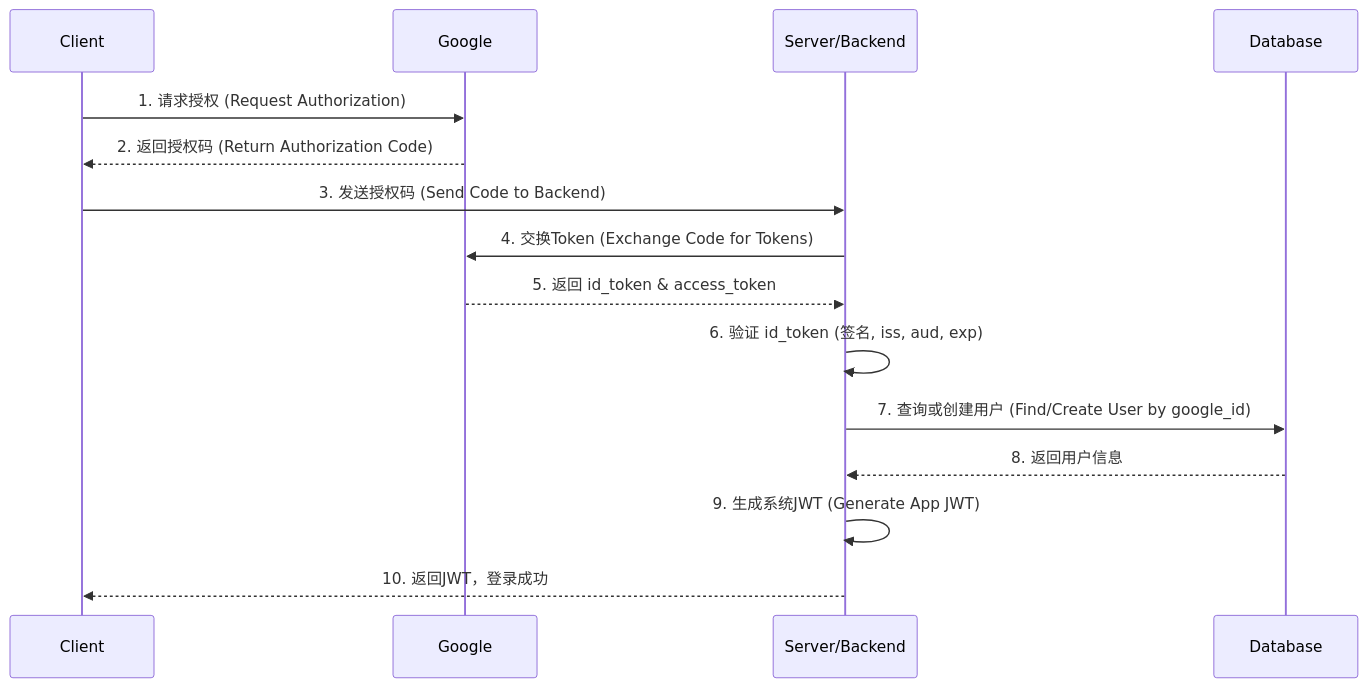
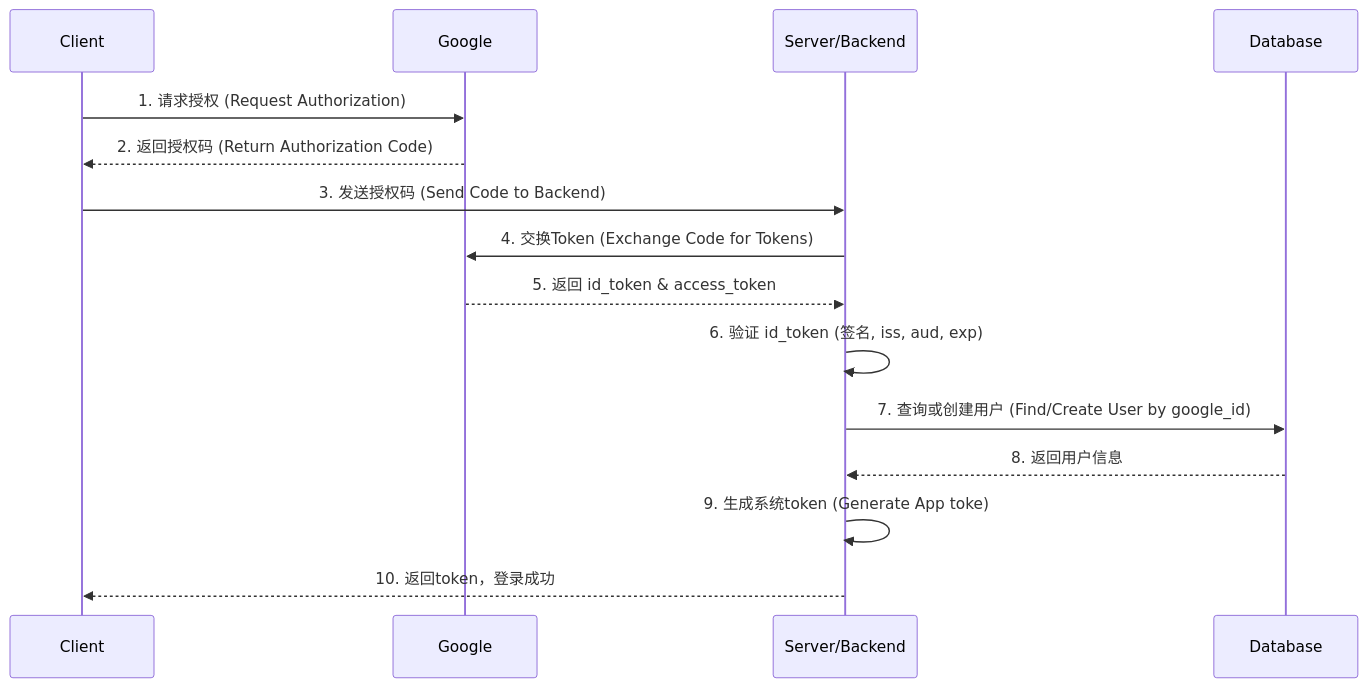
The third of 7 diagrams in README.md (Sereinxm/book-manger), drawn with Mermaid before and after one commit. The commit also changed other lines of this file and 18 other files, not shown here.

````diff
--- a/README.md
+++ b/README.md
@@ -425,18 +425,18 @@
 ```mermaid
 sequenceDiagram
     participant C as Client
     participant G as Google
     participant S as Server/Backend
     participant DB as Database
 
     C->>G: 1. 请求授权 (Request Authorization)
     G-->>C: 2. 返回授权码 (Return Authorization Code)
     C->>S: 3. 发送授权码 (Send Code to Backend)
     S->>G: 4. 交换Token (Exchange Code for Tokens)
     G-->>S: 5. 返回 id_token & access_token
     S->>S: 6. 验证 id_token (签名, iss, aud, exp)
     S->>DB: 7. 查询或创建用户 (Find/Create User by google_id)
     DB-->>S: 8. 返回用户信息
-    S->>S: 9. 生成系统JWT (Generate App JWT)
-    S-->>C: 10. 返回JWT，登录成功
+    S->>S: 9. 生成系统token (Generate App toke)
+    S-->>C: 10. 返回token，登录成功
 ```
````
